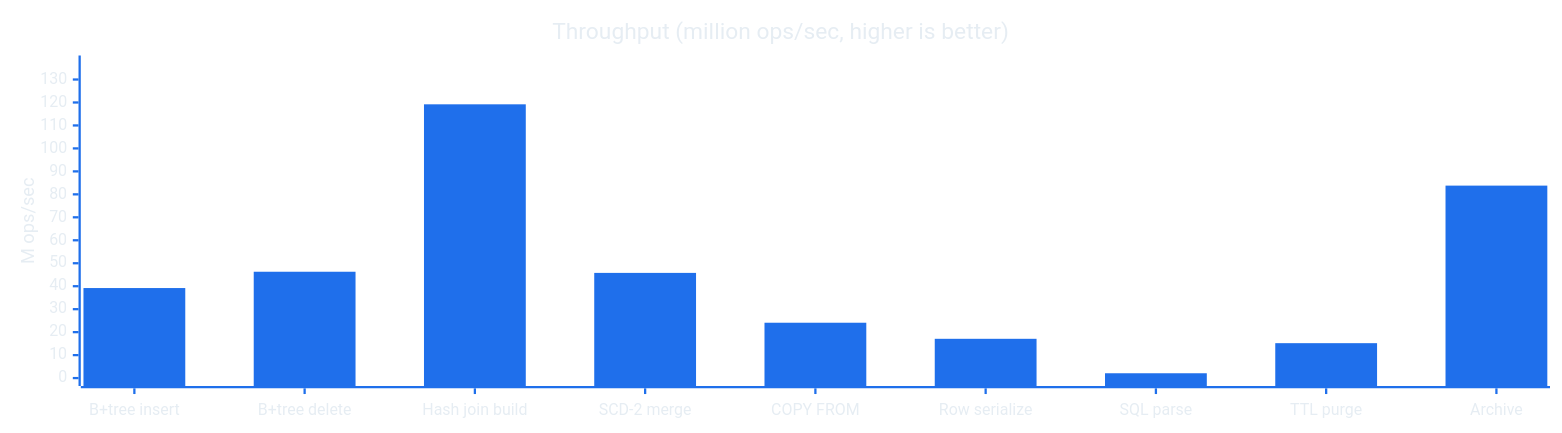
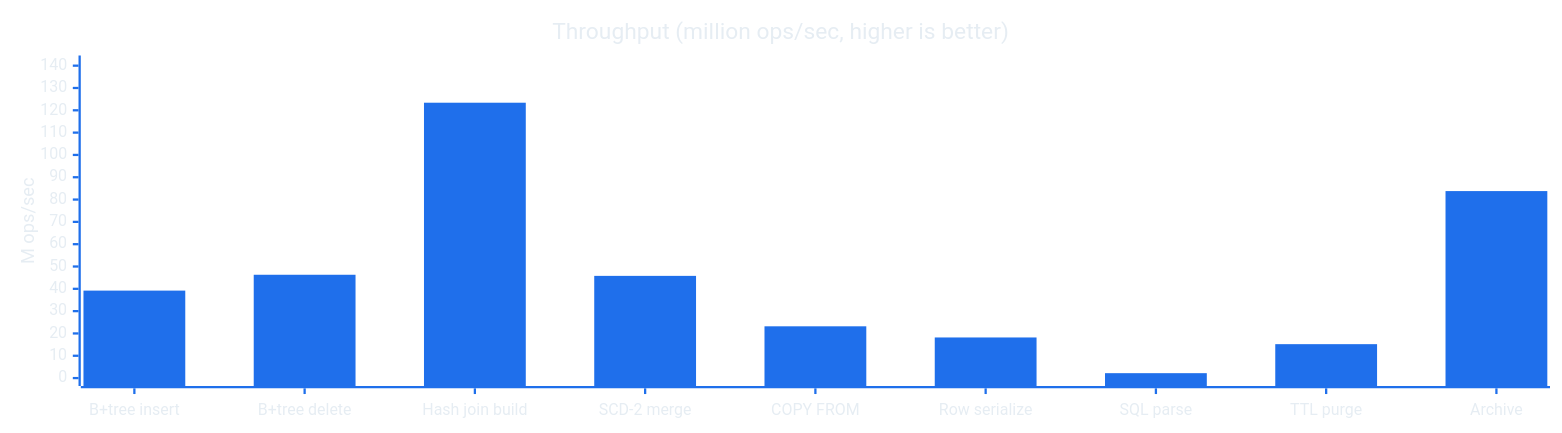
One commit to DataDalton/Zyron changed the third of 4 diagrams in README.md. Above: the diagram before and after it, drawn with Mermaid. The commit also changed other lines of this file and 70 other files, not shown here.

````diff
--- a/README.md
+++ b/README.md
@@ -207,8 +216,8 @@
 ```mermaid
 %%{init: {'theme':'base','themeVariables':{'xyChart':{'backgroundColor':'transparent','titleColor':'#e6edf3','xAxisLabelColor':'#e6edf3','xAxisTitleColor':'#e6edf3','xAxisTickColor':'#1f6feb','xAxisLineColor':'#1f6feb','yAxisLabelColor':'#e6edf3','yAxisTitleColor':'#e6edf3','yAxisTickColor':'#1f6feb','yAxisLineColor':'#1f6feb','plotColorPalette':'#1f6feb'}},'xyChart':{'width':1350,'height':360}}}%%
 xychart-beta
     title "Throughput (million ops/sec, higher is better)"
     x-axis ["B+tree insert", "B+tree delete", "Hash join build", "SCD-2 merge", "COPY FROM", "Row serialize", "SQL parse", "TTL purge", "Archive"]
-    y-axis "M ops/sec" 0 --> 137
-    bar [39.2, 46.3, 119.2, 45.8, 24.1, 17.1, 2.1, 15.2, 83.8]
+    y-axis "M ops/sec" 0 --> 141
+    bar [39.2, 46.3, 123.4, 45.8, 23.2, 18.2, 2.2, 15.2, 83.8]
 ```
````
